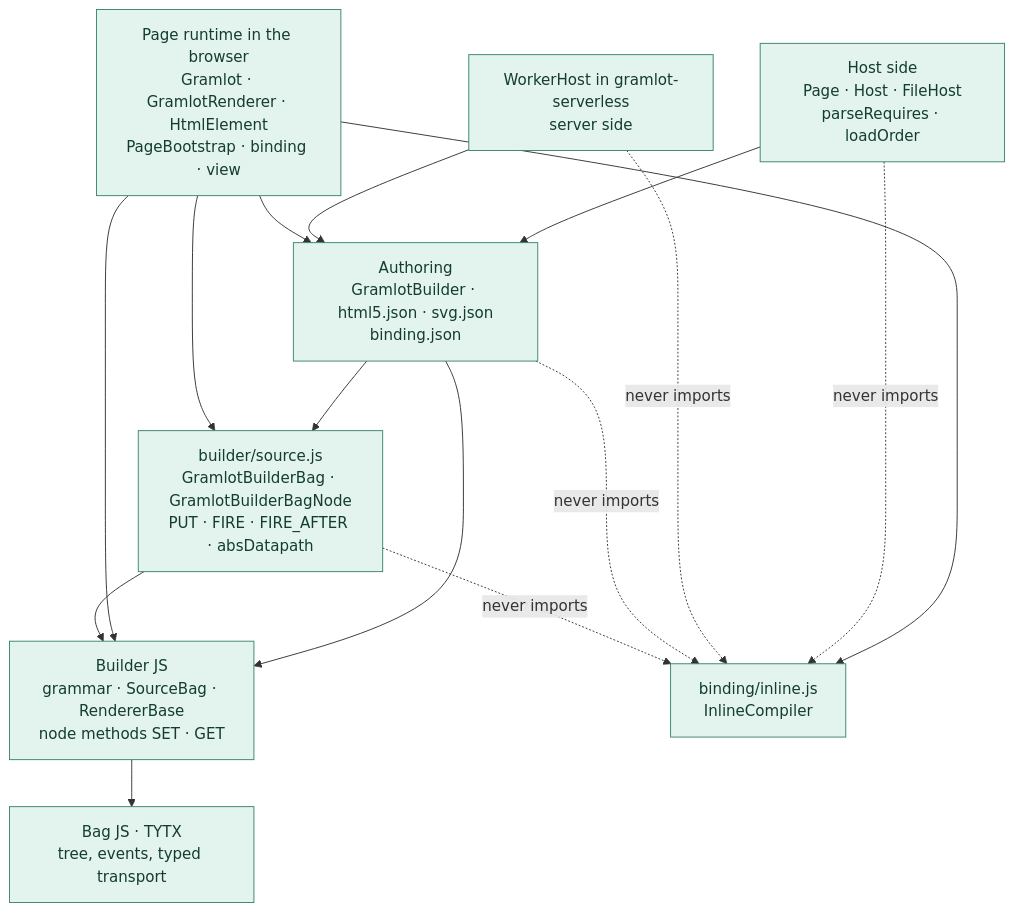
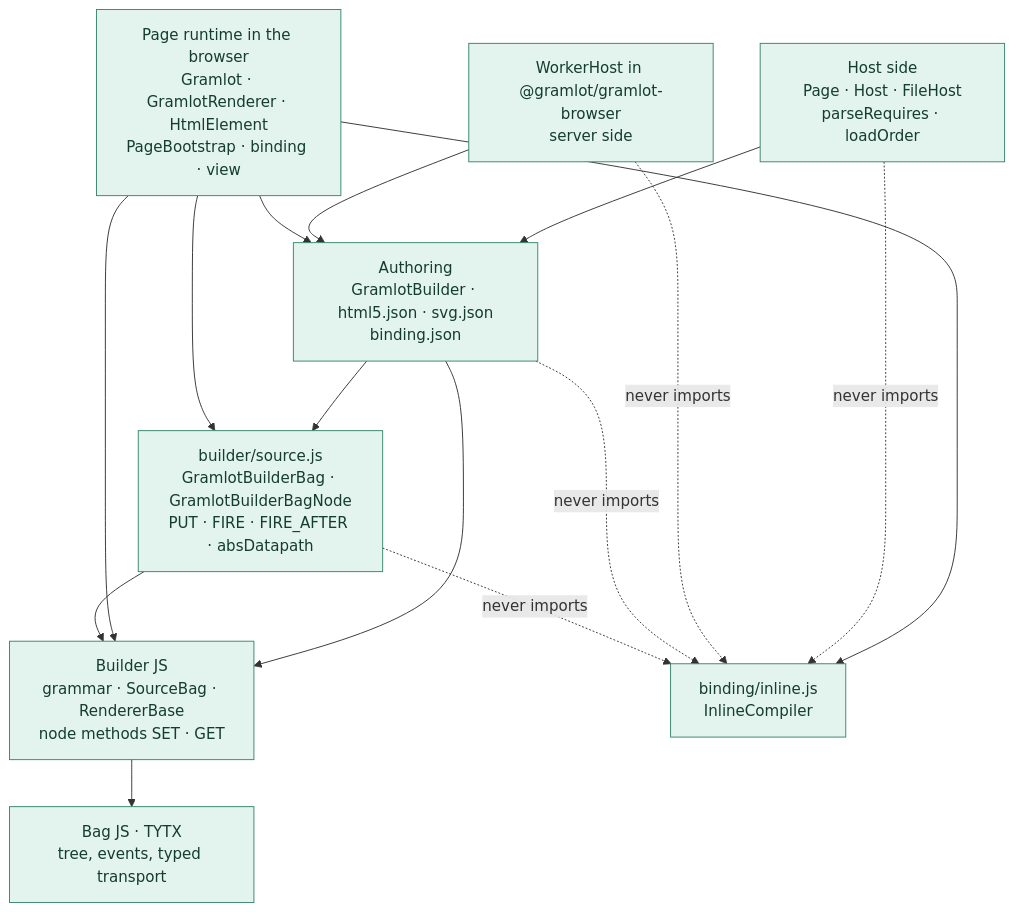
The diagram in docs/internal/087-javascript-layer-boundaries.md (gramlot-org/gramlot), drawn with Mermaid before and after one commit. The commit also changed other lines of this file and 29 other files, not shown here.

First line of the commit message:
docs: record the standalone exporter inside gramlot-js-server

````diff
--- a/docs/internal/087-javascript-layer-boundaries.md
+++ b/docs/internal/087-javascript-layer-boundaries.md
@@ -464,28 +464,28 @@
 ```mermaid
 flowchart TB
     BAG["Bag JS · TYTX<br/>tree, events, typed transport"]
     BLD["Builder JS<br/>grammar · SourceBag · RendererBase<br/>node methods SET · GET"]
     SRC["builder/source.js<br/>GramlotBuilderBag · GramlotBuilderBagNode<br/>PUT · FIRE · FIRE_AFTER · absDatapath"]
     AUTH["Authoring<br/>GramlotBuilder · html5.json · svg.json<br/>binding.json"]
     HOST["Host side<br/>Page · Host · FileHost<br/>parseRequires · loadOrder"]
-    WH["WorkerHost in gramlot-serverless<br/>server side"]
+    WH["WorkerHost in @gramlot/gramlot-browser<br/>server side"]
     PAGE["Page runtime in the browser<br/>Gramlot · GramlotRenderer · HtmlElement<br/>PageBootstrap · binding · view"]
     INL["binding/inline.js<br/>InlineCompiler"]
     BLD --> BAG
     AUTH --> BLD
     HOST --> AUTH
     WH --> AUTH
     PAGE --> AUTH
     PAGE --> BLD
     PAGE --> INL
     SRC --> BLD
     AUTH --> SRC
     PAGE --> SRC
     HOST -. never imports .-> INL
     WH -. never imports .-> INL
     AUTH -. never imports .-> INL
     SRC -. never imports .-> INL
     classDef current fill:#e3f3ed,color:#143d2e,stroke:#39866b;
     classDef planned fill:#f0e8fa,color:#4f2e70,stroke:#9670b3,stroke-dasharray:5 4;
     class BAG,BLD,AUTH,HOST,WH,PAGE,INL,SRC current;
 ```
````
